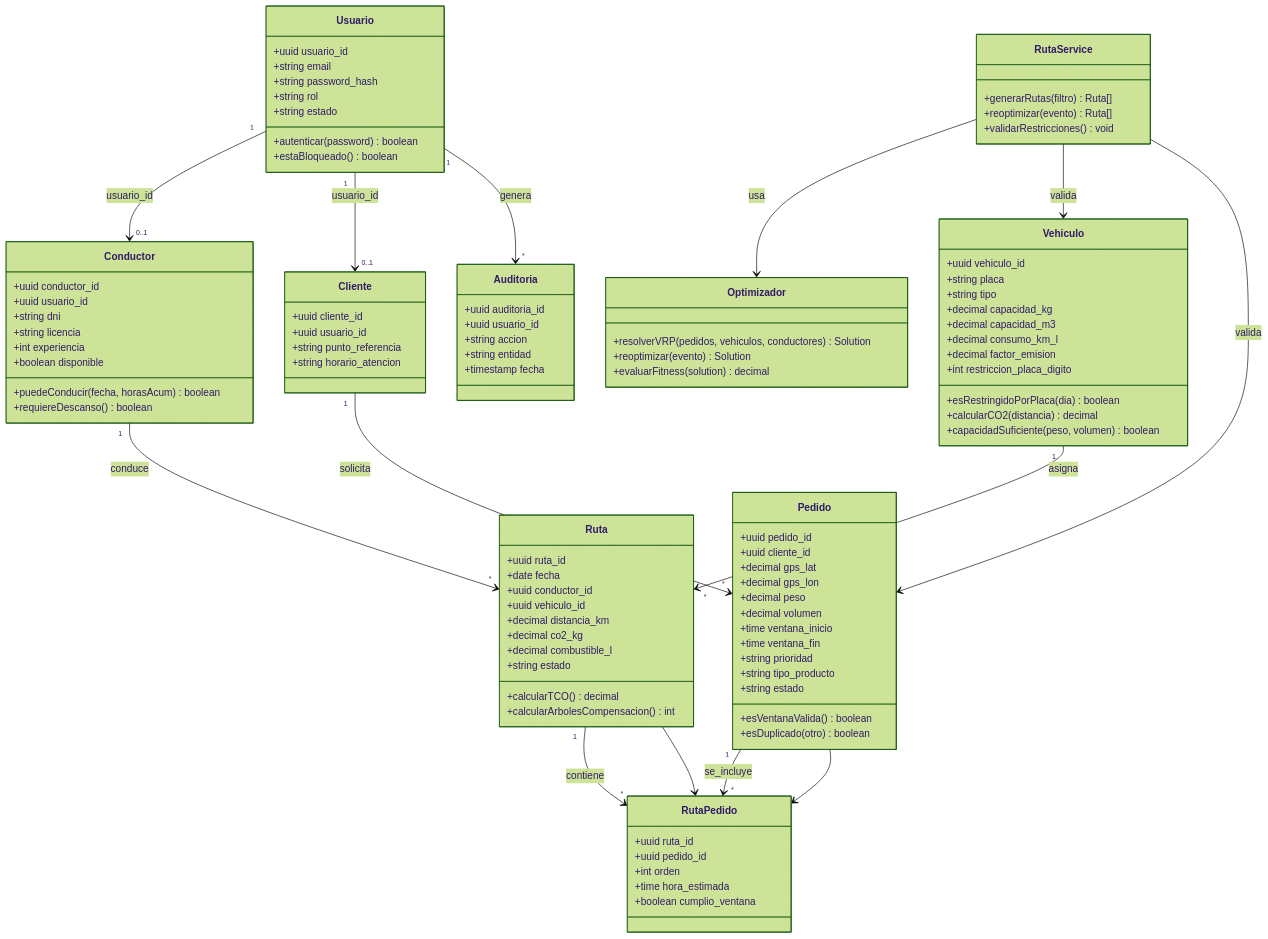
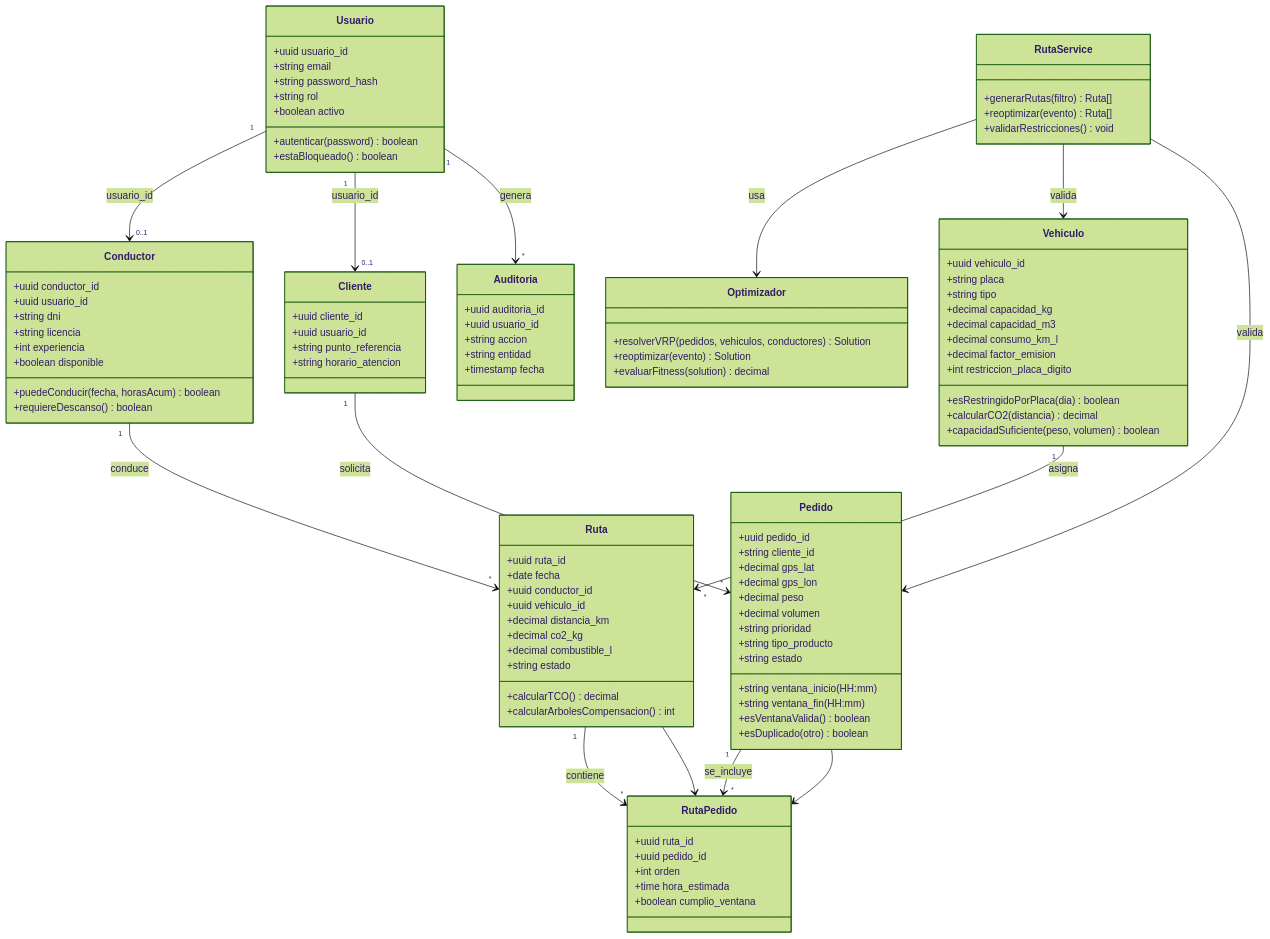
Before and after one commit to UmbraFlare-code/PathSeek: the fourth of 7 diagrams in docs/01 Inicio/12. Modelo C4 V_1_1_0.md, drawn with Mermaid (forest theme). The commit also changed other lines of this file and 19 other files, not shown here.

```diff
--- a/docs/01 Inicio/12. Modelo C4 V_1_1_0.md
+++ b/docs/01 Inicio/12. Modelo C4 V_1_1_0.md
@@ -93,7 +93,7 @@
         +string email
         +string password_hash
         +string rol
-        +string estado
+        +boolean activo
         +autenticar(password) boolean
         +estaBloqueado() boolean
     }
@@ -128,13 +128,13 @@
     }
     class Pedido {
         +uuid pedido_id
-        +uuid cliente_id
+        +string cliente_id
         +decimal gps_lat
         +decimal gps_lon
         +decimal peso
         +decimal volumen
-        +time ventana_inicio
-        +time ventana_fin
+        +string ventana_inicio (HH:mm)
+        +string ventana_fin (HH:mm)
         +string prioridad
         +string tipo_producto
         +string estado
```
